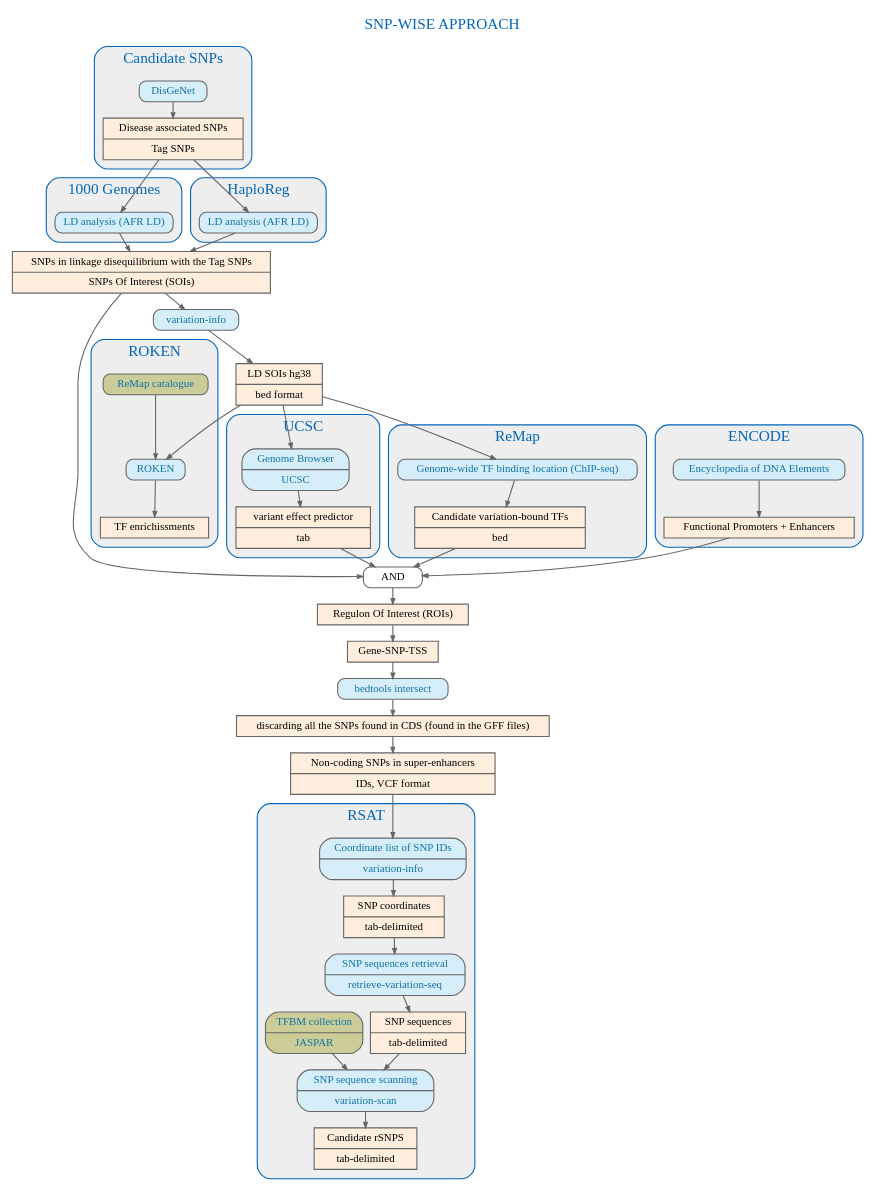
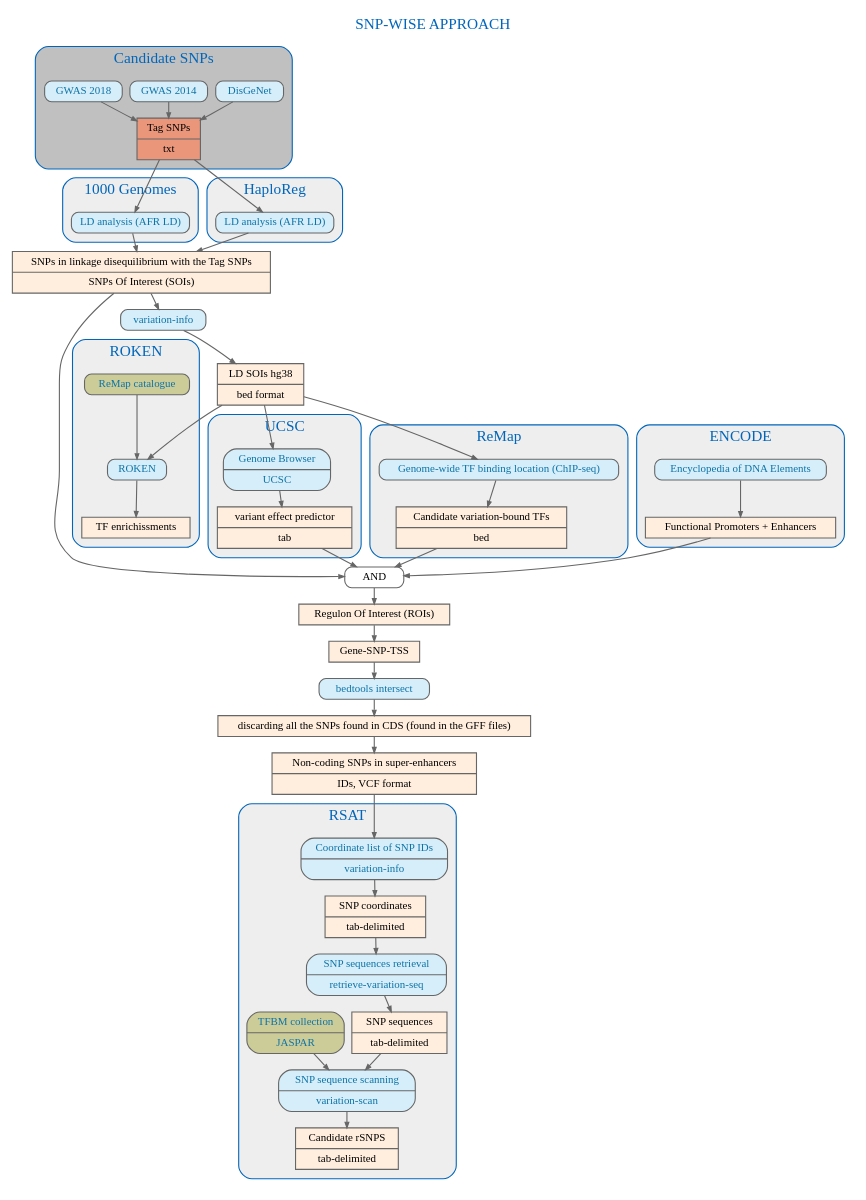
The diagram in flowchart/snp_wise_approach.dot (YvonFrid/malaria_rSNPs), drawn with Graphviz before and after one commit.

Commit message:
added some modifications to the flowchart

```diff
--- a/flowchart/snp_wise_approach.dot
+++ b/flowchart/snp_wise_approach.dot
@@ -1,194 +1,198 @@
 digraph {
 
 	## General properties of the graph (font, color, ...)
 	graph [fontname="ArialBlack",fontsize="14", label="SNP-WISE APPROACH" labelloc="t", fontcolor="#0066BB", nodesep="0.1", ranksep="0.2"];
 	edge [fontname="ArialMT",fontsize="10",labelfontname="ArialMT",labelfontsize="10", arrowsize="0.5", color="#666666"];
 	node [fontname="ArialMT",fontsize="10",shape=record,height="0.2", color="#666666"];
 
 	subgraph cluster_0 {
 		color="#0066BB";
-		bgcolor="#EEEEEE";
+		bgcolor="#C0C0C0";
 		label = "Candidate SNPs";
 		style="rounded";
 
 	## Rechearch of candidate SNPs
 	disgenet [shape="record", style="rounded,filled", fillcolor="#D6EEFA", label="{DisGeNet}", URL="http://www.disgenet.org/web/DisGeNET/menu/browser/tab22?3&pview=default&pf=http://www.disgenet.org/web/DisGeNET%3Fdata/diseases::C0024530::de&pf=/data/sources::ALL::de", fontcolor="#0D73A7"];
-	tag_snps  [shape="record", style="filled", fillcolor="#FFEEDD", label="{Disease associated SNPs|Tag SNPs}"];
+	gwas2014 [shape="record", style="rounded,filled", fillcolor="#D6EEFA", label="{GWAS 2014}", URL="https://www.ncbi.nlm.nih.gov/pmc/articles/PMC4617542/", fontcolor="#0D73A7"];
+	gwas2018 [shape="record", style="rounded,filled", fillcolor="#D6EEFA", label="{GWAS 2018}", URL="http://journals.plos.org/plosgenetics/article?id=10.1371/journal.pgen.1007172", fontcolor="#0D73A7"];
+	tag_snps  [shape="record", style="filled", fillcolor="#E9967A", label="{Tag SNPs|txt}"];
 	}
 
 	disgenet -> tag_snps
+	gwas2014 -> tag_snps
+	gwas2018 -> tag_snps
 
 	subgraph cluster_1 {
 		color="#0066BB";
 		bgcolor="#EEEEEE";
 		label = "1000 Genomes";
 		style="rounded";
 
 	## 1000 genomes
 	tag_snps ->  g1000
 	g1000 [shape="record", style="rounded,filled", fillcolor="#D6EEFA", label="{LD analysis (AFR LD)}", URL="ftp://ftp-trace.ncbi.nih.gov/1000genomes/ftp", fontcolor="#0D73A7"];
 	
 	}
 
 	g1000 -> soi
 
 	soi [shape="record", style="filled", fillcolor="#FFEEDD", label="{SNPs in linkage disequilibrium with the Tag SNPs | SNPs Of Interest (SOIs)}"];
 
 	soi -> and 
 
 	and  [shape="record", style="rounded,filled", fillcolor="#FFFFFF", label="{AND}"];
 
 	soi -> varinfo
 
 	varinfo[shape="record", style="rounded,filled", fillcolor="#D6EEFA", label="{variation-info}", fontcolor="#0D73A7"];
 
 	varinfo -> ldsnp
 
 	ldsnp [shape="record", style="filled", fillcolor="#FFEEDD", label="{LD SOIs hg38| bed format}"];
 
 	ldsnp -> roken
 	ldsnp -> ucsc
 
 
 subgraph cluster_7 {
 		color="#0066BB";
 		bgcolor="#EEEEEE";
 		label = "UCSC";
 		style="rounded";
 
 		## d’UCSC Genome Browser 
 		ucsc[shape="record", style="rounded,filled", fillcolor="#D6EEFA", label="{Genome Browser | UCSC}", URL="https://genome.ucsc.edu/cgi-bin/hgTables", fontcolor="#0D73A7"];
 		ucsc -> ensembl
 		ensembl [shape="record", style="filled", fillcolor="#FFEEDD", label="{variant effect predictor| tab }"];
 				}
 
 	ensembl -> and
 	
 subgraph cluster_8 {
 		color="#0066BB";
 		bgcolor="#EEEEEE";
 		label = "ROKEN";
 		style="rounded";
 
 		roken [shape="record", style="rounded,filled", fillcolor="#D6EEFA", label="{ROKEN}", fontcolor="#0D73A7"];
 	
 
 		remapcatalogue [shape="record", style="rounded,filled", fillcolor="#CCCC99", label="{ReMap catalogue}", URL="http://tagc.univ-mrs.fr/remap/index.php?page=download/", fontcolor="#0D73A7"];
 
 	remapcatalogue -> roken
 	roken -> tfenrichissment
 
 	tfenrichissment [shape="record", style="filled", fillcolor="#FFEEDD", label="{TF enrichissments}"];
 
 		}
 	
 subgraph cluster_2 {
 		color="#0066BB";
 		bgcolor="#EEEEEE";
 		label = "HaploReg";
 		style="rounded";
 
 	## HaploReg
 	tag_snps ->  haploreg
 	haploreg [shape="record", style="rounded,filled", fillcolor="#D6EEFA", label="{LD analysis (AFR LD)}", URL="http://archive.broadinstitute.org/mammals/haploreg/haploreg.php", fontcolor="#0D73A7"];
 	}
 
 	haploreg -> soi
 
 
 ldsnp -> remap
 
 
 		## REMAP
 subgraph cluster_3 {
 		color="#0066BB";
 		bgcolor="#EEEEEE";
 		label = "ReMap";
 		style="rounded";
 
 		remap[shape="record", style="rounded,filled", fillcolor="#D6EEFA", label="{Genome-wide TF binding location (ChIP-seq)}", URL="http://tagc.univ-mrs.fr/remap/", fontcolor="#0D73A7"];
 		remap -> snp_TF_candidates
 		snp_TF_candidates [shape="record", style="filled", fillcolor="#FFEEDD", label="{Candidate variation-bound TFs| bed }"];
 	}
 
 	snp_TF_candidates -> and
 
 	
 	
 	subgraph cluster_4 {
 		color="#0066BB";
 		bgcolor="#EEEEEE";
 		label = "ENCODE";
 		style="rounded";
 
 		## ENCODE
 
 		encode[shape="record", style="rounded,filled", fillcolor="#D6EEFA", label="{Encyclopedia of DNA Elements}", URL="https://www.encodeproject.org", fontcolor="#0D73A7"];
 		encode -> enhancers
 		enhancers [shape="record", style="filled", fillcolor="#FFEEDD", label="{Functional Promoters + Enhancers}"];	
 	}
 
 enhancers -> and
 and -> roi
 
 	roi [shape="record", style="filled", fillcolor="#FFEEDD", label="{Regulon Of Interest (ROIs)}"];
 
 	roi -> tss
 
 	tss [shape="record", style="filled", fillcolor="#FFEEDD", label="{Gene-SNP-TSS}"];
 
 	tss -> bedtools
 
 	bedtools [shape="record", style="rounded,filled", fillcolor="#D6EEFA", label="{bedtools intersect}", fontcolor="#0D73A7"];
 
 	bedtools -> gff
 
 	gff [shape="record", style="filled", fillcolor="#FFEEDD", label="{discarding all the SNPs found in CDS (found in the GFF files)}"];
 
 	gff-> bed_results
 
 	bed_results [shape="record", style="filled", fillcolor="#FFEEDD", label="{Non-coding SNPs in super-enhancers | IDs, VCF format}"];
 
 
 
 	bed_results -> variation_info
 
 	subgraph cluster_5 {
 		color="#0066BB";
 		bgcolor="#EEEEEE";
 		label = "RSAT";
 		style="rounded";
 
 	## variation-info
 	variation_info [shape="record", style="rounded,filled", fillcolor="#D6EEFA", label="{Coordinate list of SNP IDs| variation-info}", URL="http://rsat.sb-roscoff.fr/variation-info_form.cgi", fontcolor="#0D73A7"];
 	variation_info -> snp_info
 	snp_info [shape="record", style="filled", fillcolor="#FFEEDD", label="{SNP coordinates | tab-delimited }"];
 
 	snp_info -> retrieve_variation_seq
 
 	## retrieve-variation-seq
 	retrieve_variation_seq  [shape="record", style="rounded,filled", fillcolor="#D6EEFA", label="{SNP sequences retrieval | retrieve-variation-seq}", URL="http://rsat.sb-roscoff.fr/retrieve-variation-seq_form.cgi", fontcolor="#0D73A7"];
 	retrieve_variation_seq -> snp_seq
 	snp_seq  [shape="record", style="filled", fillcolor="#FFEEDD", label="{SNP sequences | tab-delimited }"];
 	
 	snp_seq -> variation_scan
 
 
 	## variation-scan
 	variation_scan   [shape="record", style="rounded,filled", fillcolor="#D6EEFA", label="{SNP sequence scanning | variation-scan}", URL="http://rsat.sb-roscoff.fr/variation-scan_form.cgi", fontcolor="#0D73A7"];
 	
 	variation_scan -> candidate_rsnps
 
 	candidate_rsnps   [shape="record", style="filled", fillcolor="#FFEEDD", label="{Candidate rSNPS | tab-delimited }"];
 	
 
 	
 	## Jaspar matrice database
 	jaspar_matrices  [shape="record", style="rounded,filled", fillcolor="#CCCC99", label="{TFBM collection | JASPAR}", URL="http://jaspar.genereg.net/", fontcolor="#0D73A7"];
 	
 
 	jaspar_matrices -> variation_scan
 	}
 
 
 }
```
